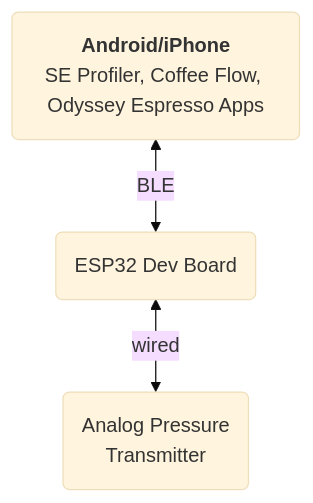
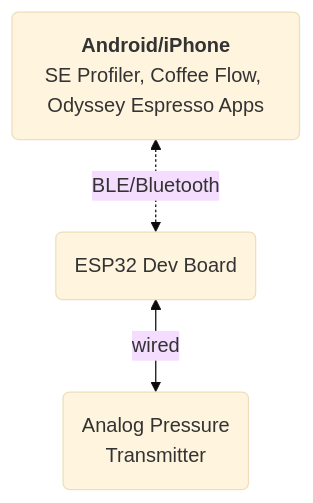
Before and after one commit to sybond/ble-pressure-transducer: the diagram in README.md, drawn with Mermaid (base theme). The commit also changed other lines of this file and 4 other files, not shown here.

````diff
--- a/README.md
+++ b/README.md
@@ -9,5 +10,5 @@
 ```mermaid
 flowchart BT
     A(Analog Pressure\nTransmitter) <-->|wired| B(ESP32 Dev Board)
-    B<-->|BLE|C(<b>Android/iPhone</b>\nSE Profiler, Coffee Flow, Odyssey Espresso Apps)
+    B<.->|BLE/Bluetooth|C(<b>Android/iPhone</b>\nSE Profiler, Coffee Flow, Odyssey Espresso Apps)
 ```
````
